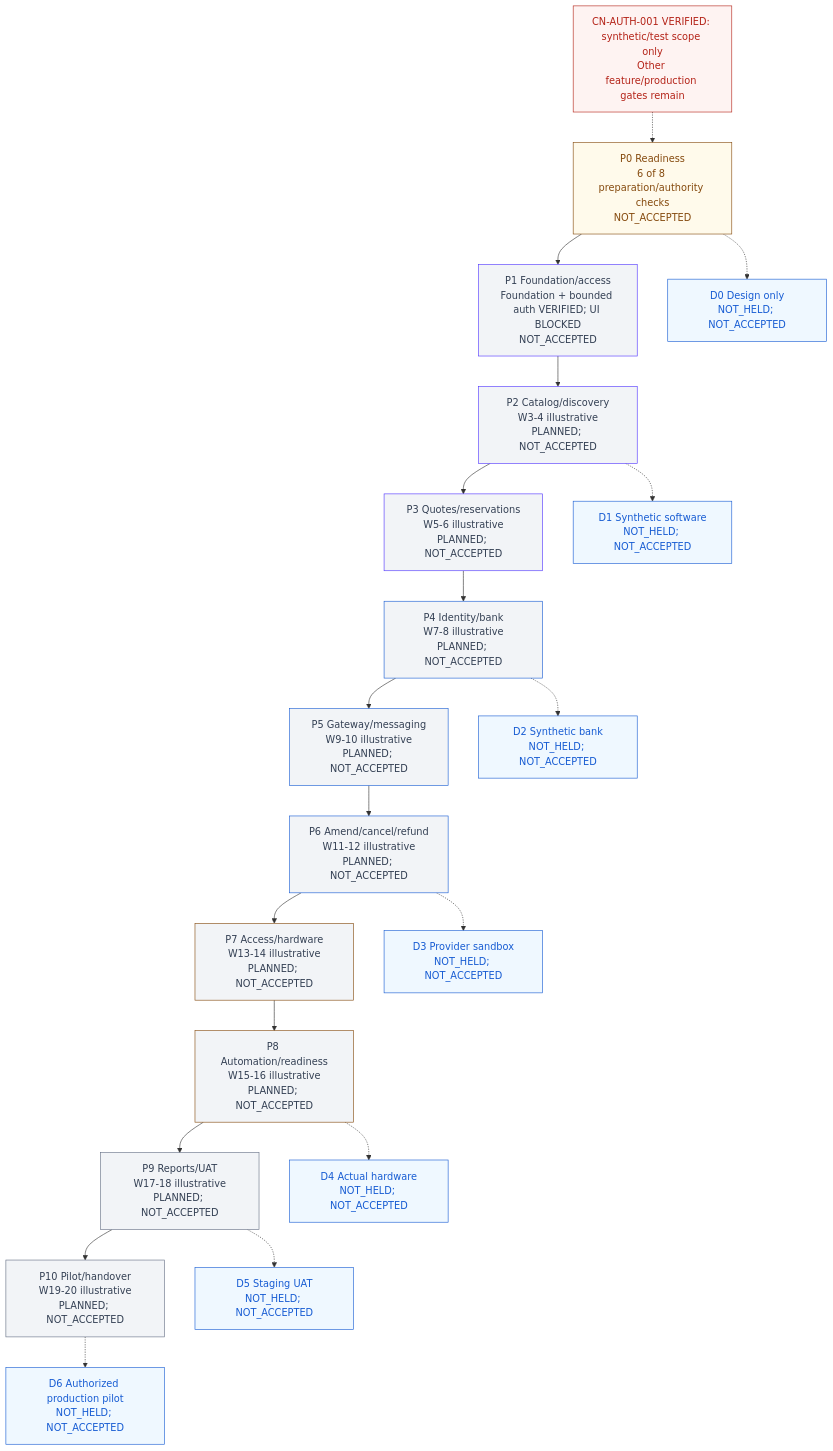
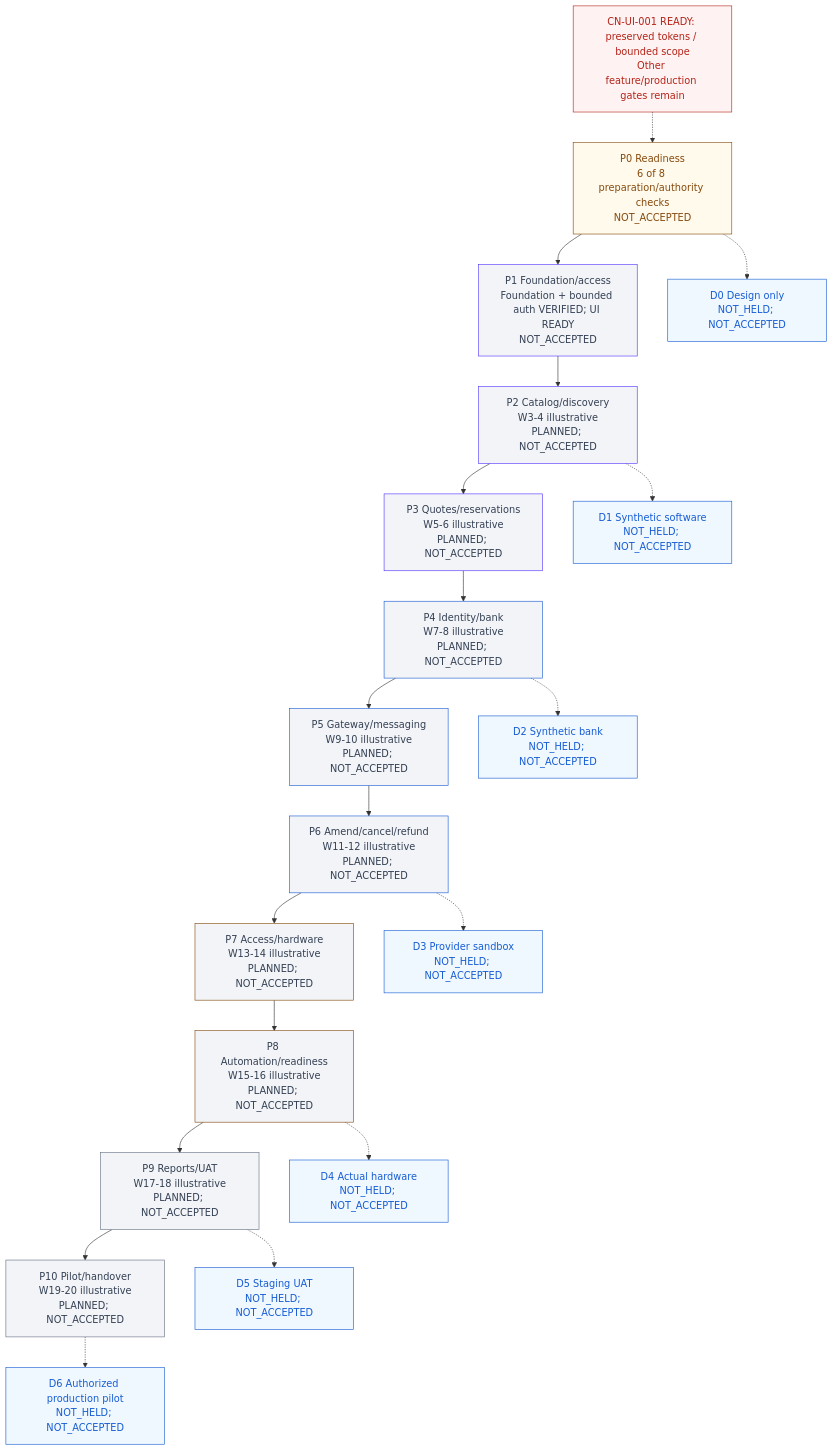
Before and after one commit to Hasitha3513/Theater-Project: the diagram in knowledge/PROGRESS.md, drawn with Mermaid. The commit also changed other lines of this file and 8 other files, not shown here.

````diff
--- a/knowledge/PROGRESS.md
+++ b/knowledge/PROGRESS.md
@@ -238,45 +249,45 @@
 ```mermaid
 flowchart TB
-  G["CN-AUTH-001 VERIFIED: synthetic/test scope only<br/>Other feature/production gates remain"]
+  G["CN-UI-001 READY: preserved tokens / bounded scope<br/>Other feature/production gates remain"]
   P0["P0 Readiness<br/>6 of 8 preparation/authority checks<br/>NOT_ACCEPTED"]
-  P1["P1 Foundation/access<br/>Foundation + bounded auth VERIFIED; UI BLOCKED<br/>NOT_ACCEPTED"]
+  P1["P1 Foundation/access<br/>Foundation + bounded auth VERIFIED; UI READY<br/>NOT_ACCEPTED"]
   P2["P2 Catalog/discovery<br/>W3-4 illustrative<br/>PLANNED; NOT_ACCEPTED"]
   P3["P3 Quotes/reservations<br/>W5-6 illustrative<br/>PLANNED; NOT_ACCEPTED"]
   P4["P4 Identity/bank<br/>W7-8 illustrative<br/>PLANNED; NOT_ACCEPTED"]
   P5["P5 Gateway/messaging<br/>W9-10 illustrative<br/>PLANNED; NOT_ACCEPTED"]
   P6["P6 Amend/cancel/refund<br/>W11-12 illustrative<br/>PLANNED; NOT_ACCEPTED"]
   P7["P7 Access/hardware<br/>W13-14 illustrative<br/>PLANNED; NOT_ACCEPTED"]
   P8["P8 Automation/readiness<br/>W15-16 illustrative<br/>PLANNED; NOT_ACCEPTED"]
   P9["P9 Reports/UAT<br/>W17-18 illustrative<br/>PLANNED; NOT_ACCEPTED"]
   P10["P10 Pilot/handover<br/>W19-20 illustrative<br/>PLANNED; NOT_ACCEPTED"]
   G -.-> P0
   P0 --> P1 --> P2 --> P3 --> P4 --> P5 --> P6 --> P7 --> P8 --> P9 --> P10
   D0["D0 Design only<br/>NOT_HELD; NOT_ACCEPTED"]
   D1["D1 Synthetic software<br/>NOT_HELD; NOT_ACCEPTED"]
   D2["D2 Synthetic bank<br/>NOT_HELD; NOT_ACCEPTED"]
   D3["D3 Provider sandbox<br/>NOT_HELD; NOT_ACCEPTED"]
   D4["D4 Actual hardware<br/>NOT_HELD; NOT_ACCEPTED"]
   D5["D5 Staging UAT<br/>NOT_HELD; NOT_ACCEPTED"]
   D6["D6 Authorized production pilot<br/>NOT_HELD; NOT_ACCEPTED"]
   P0 -.-> D0
   P2 -.-> D1
   P4 -.-> D2
   P6 -.-> D3
   P8 -.-> D4
   P9 -.-> D5
   P10 -.-> D6
   classDef readiness fill:#FFFAEB,color:#854A0E,stroke:#854A0E;
   classDef foundation fill:#F2F4F7,color:#344054,stroke:#5135FF;
   classDef financial fill:#F2F4F7,color:#344054,stroke:#175CD3;
   classDef physical fill:#F2F4F7,color:#344054,stroke:#854A0E;
   classDef release fill:#F2F4F7,color:#344054,stroke:#667085;
   classDef blocked fill:#FEF3F2,color:#B42318,stroke:#B42318;
   classDef demo fill:#EFF8FF,color:#175CD3,stroke:#175CD3;
   class P0 readiness;
   class P1,P2,P3 foundation;
   class P4,P5,P6 financial;
   class P7,P8 physical;
   class P9,P10 release;
   class G blocked;
   class D0,D1,D2,D3,D4,D5,D6 demo;
 ```
````
